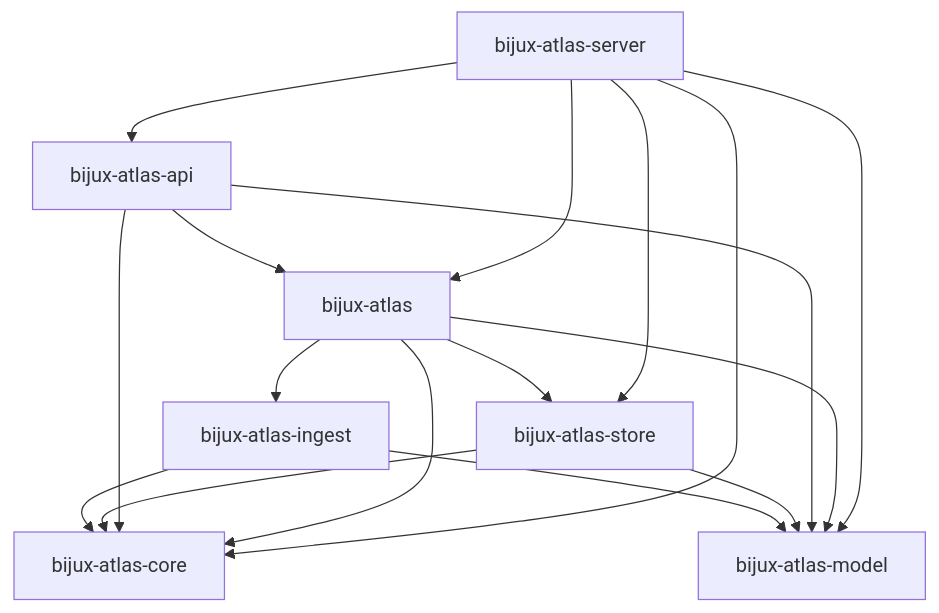
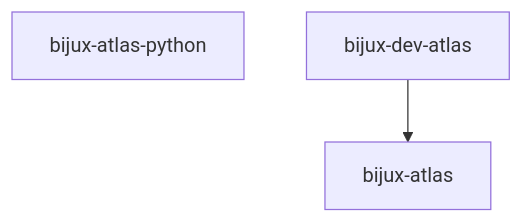
One commit to bijux/bijux-atlas changed the diagram in docs/reference/crate-dependency-graph.md. Above: the diagram before and after it, drawn with Mermaid. The commit also changed 12 other files, not shown here.

````diff
--- a/docs/reference/crate-dependency-graph.md
+++ b/docs/reference/crate-dependency-graph.md
@@ -17,27 +17,8 @@
 ```mermaid
 graph TD
-  core[bijux-atlas-core]
-  model[bijux-atlas-model]
-  ingest[bijux-atlas-ingest]
-  store[bijux-atlas-store]
-  api[bijux-atlas-api]
-  cli[bijux-atlas]
-  server[bijux-atlas-server]
+  atlas[bijux-atlas]
+  python[bijux-atlas-python]
+  dev[bijux-dev-atlas]
 
-  ingest --> core
-  ingest --> model
-  store --> core
-  store --> model
-  api --> cli
-  api --> core
-  api --> model
-  cli --> core
-  cli --> model
-  cli --> ingest
-  cli --> store
-  server --> api
-  server --> cli
-  server --> core
-  server --> model
-  server --> store
+  dev --> atlas
 ```
````
